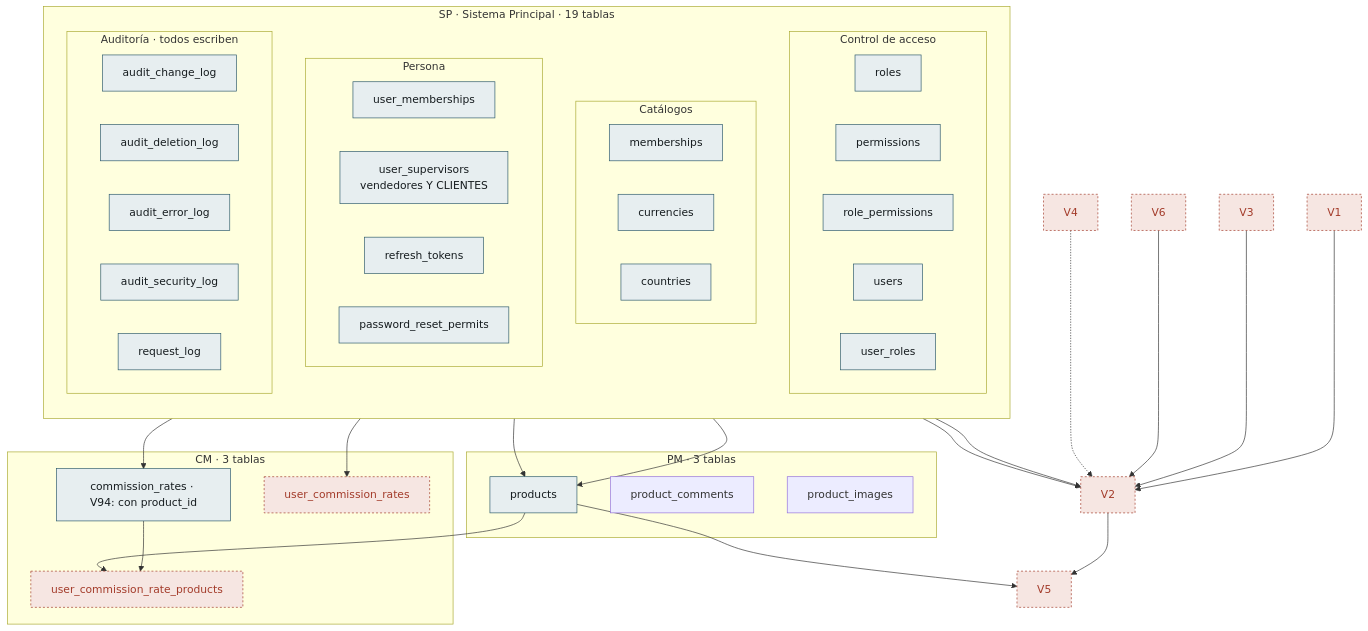
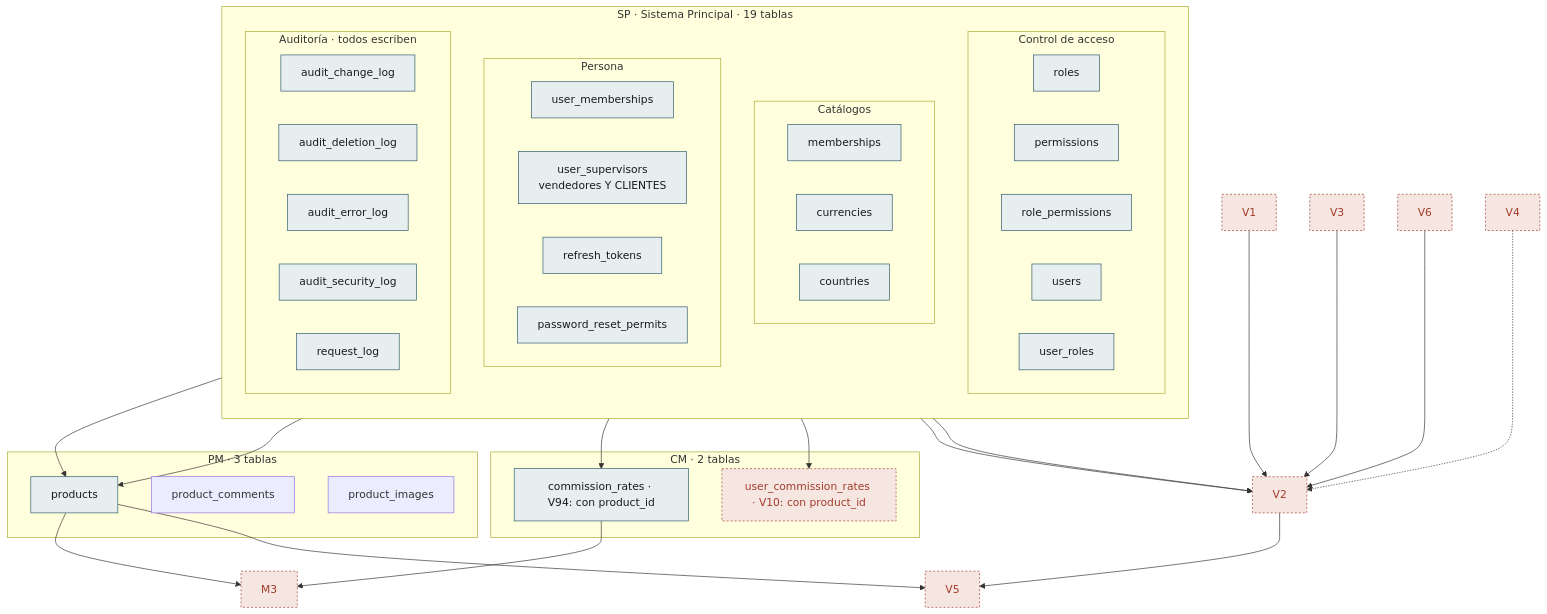
Before and after one commit to NexusPro-Dev/backend: the fifth of 5 diagrams in docs/modelo-datos.md, drawn with Mermaid. The commit also changed other lines of this file and 48 other files, not shown here.

````diff
--- a/docs/modelo-datos.md
+++ b/docs/modelo-datos.md
@@ -655,69 +649,68 @@
 ```mermaid
 flowchart TB
     subgraph SP["SP · Sistema Principal · 19 tablas"]
         direction TB
         subgraph ACC["Control de acceso"]
             direction LR
             A1["roles"]
             A2["permissions"]
             A3["role_permissions"]
             C1["users"]
             C2["user_roles"]
         end
         subgraph CAT["Catálogos"]
             direction LR
             A4["memberships"]
             A5["currencies"]
             A6["countries"]
         end
         subgraph PER["Persona"]
             direction LR
             C6["user_memberships"]
             C4["user_supervisors<br/>vendedores Y CLIENTES"]
             C3["refresh_tokens"]
             C5["password_reset_permits"]
         end
         subgraph AUD["Auditoría · todos escriben"]
             direction LR
             B1["audit_change_log"]
             B2["audit_deletion_log"]
             B3["audit_error_log"]
             B4["audit_security_log"]
             OBS["request_log"]
         end
     end
 
     subgraph PM["PM · 3 tablas"]
         P1["products"]
         P2["product_comments"]
         P3["product_images"]
     end
 
-    subgraph CM["CM · 3 tablas"]
+    subgraph CM["CM · 2 tablas"]
         M1["commission_rates · V94: con product_id"]
-        M2["user_commission_rates"]
-        M3["user_commission_rate_products"]
+        M2["user_commission_rates · V10: con product_id"]
     end
 
 
     A4 --> P1
     A5 --> P1
     A1 --> M1
     M1 --> M3
     P1 --> M3
     C1 --> M2
     V2 --> V5
     P1 --> V5
     C1 --> V2
     A5 --> V2
     V1 --> V2
     V3 --> V2
     V6 --> V2
     V4 -.-> V2
 
     classDef escrita fill:#e7eef0,stroke:#2d5a6b,color:#151b1e
     classDef disenada fill:#f6e6e2,stroke:#a33b2a,stroke-dasharray:3 3,color:#a33b2a
     class A1,A2,A3,A4,A5,A6,B1,B2,B3,B4,C1,C2,C3,C4,C5,C6,OBS,P1,M1 escrita
     class M2,M3 disenada
     class V1,V2,V3,V4,V5,V6 disenada
 ```
````
